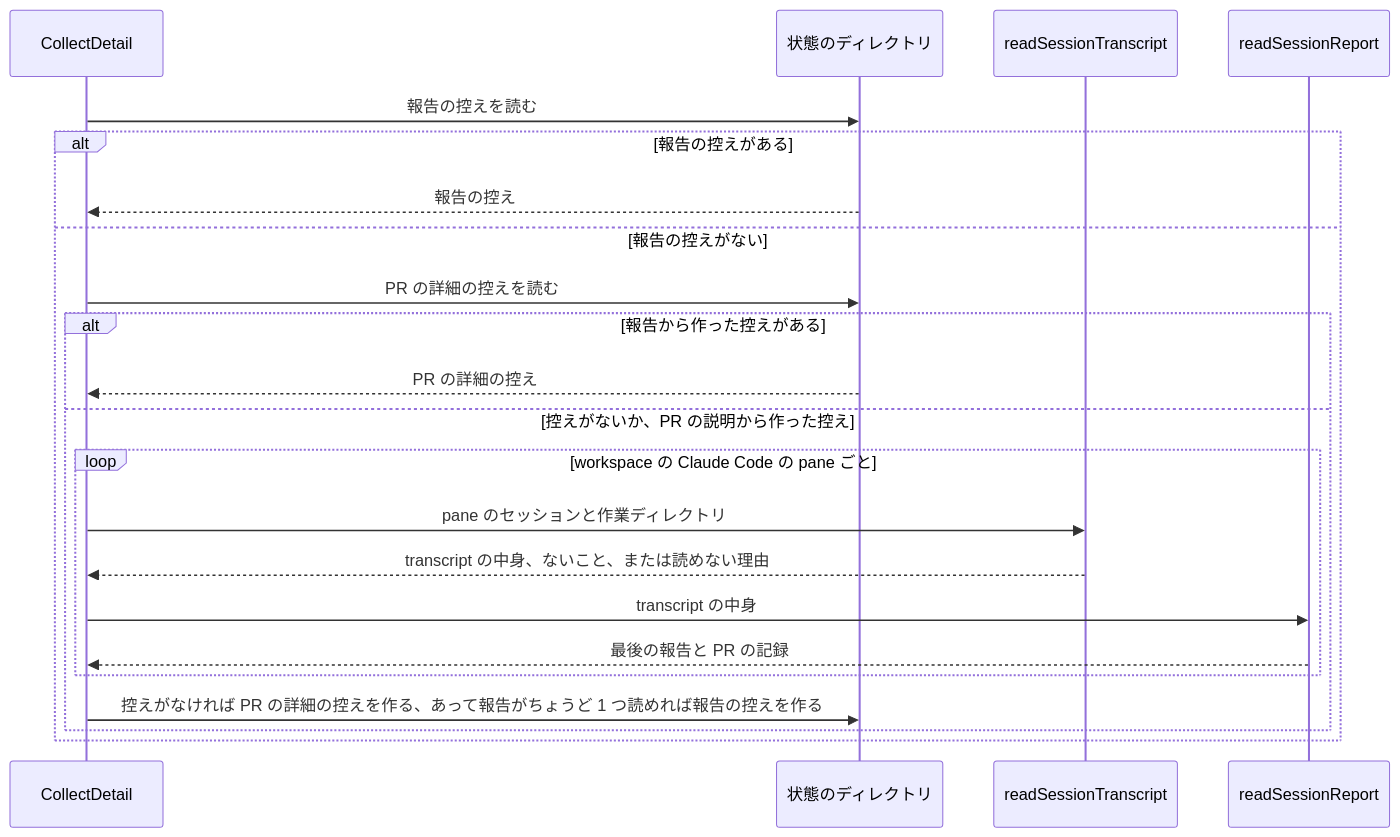
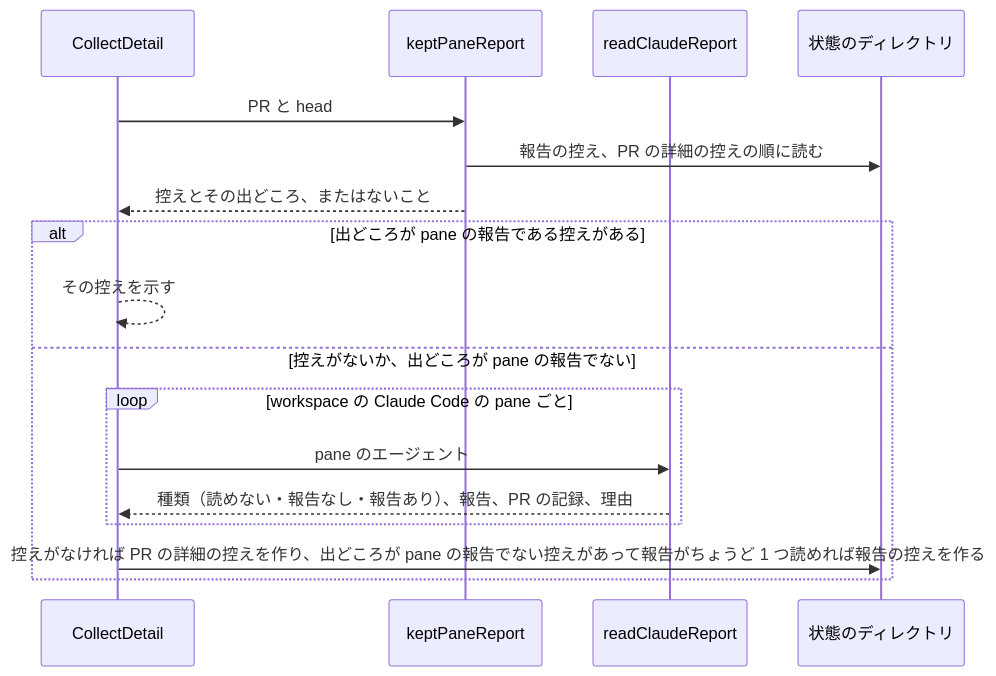
The third of 8 diagrams in docs/tasks/0095_chief_transcript_report/02_architecture.md (isseis/yt2column), drawn with Mermaid before and after one commit. The commit also changed other lines of this file and 2 other files, not shown here.

````diff
--- a/docs/tasks/0095_chief_transcript_report/02_architecture.md
+++ b/docs/tasks/0095_chief_transcript_report/02_architecture.md
@@ -193,25 +230,20 @@
 ```mermaid
 sequenceDiagram
     participant D as CollectDetail
+    participant K as keptPaneReport
+    participant E as readClaudeReport
     participant R as 状態のディレクトリ
-    participant T as readSessionTranscript
-    participant P as readSessionReport
 
-    D->>R: 報告の控えを読む
-    alt 報告の控えがある
-        R-->>D: 報告の控え
-    else 報告の控えがない
-        D->>R: PR の詳細の控えを読む
-        alt 報告から作った控えがある
-            R-->>D: PR の詳細の控え
-        else 控えがないか、PR の説明から作った控え
-            loop workspace の Claude Code の pane ごと
-                D->>T: pane のセッションと作業ディレクトリ
-                T-->>D: transcript の中身、ないこと、または読めない理由
-                D->>P: transcript の中身
-                P-->>D: 最後の報告と PR の記録
-            end
-            D->>R: 控えがなければ PR の詳細の控えを作る、あって報告がちょうど 1 つ読めれば報告の控えを作る
+    D->>K: PR と head
+    K->>R: 報告の控え、PR の詳細の控えの順に読む
+    K-->>D: 控えとその出どころ、またはないこと
+    alt 出どころが pane の報告である控えがある
+        D-->>D: その控えを示す
+    else 控えがないか、出どころが pane の報告でない
+        loop workspace の Claude Code の pane ごと
+            D->>E: pane のエージェント
+            E-->>D: 種類（読めない・報告なし・報告あり）、報告、PR の記録、理由
         end
+        D->>R: 控えがなければ PR の詳細の控えを作り、出どころが pane の報告でない控えがあって報告がちょうど 1 つ読めれば報告の控えを作る
     end
 ```
````
